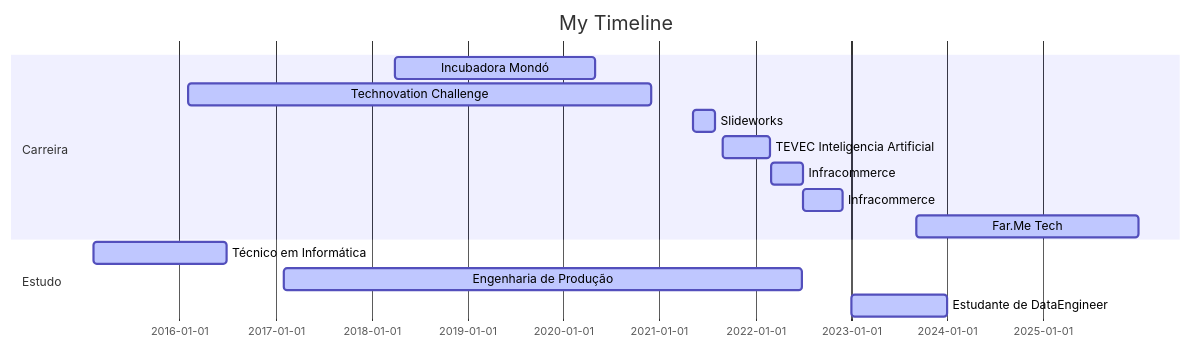
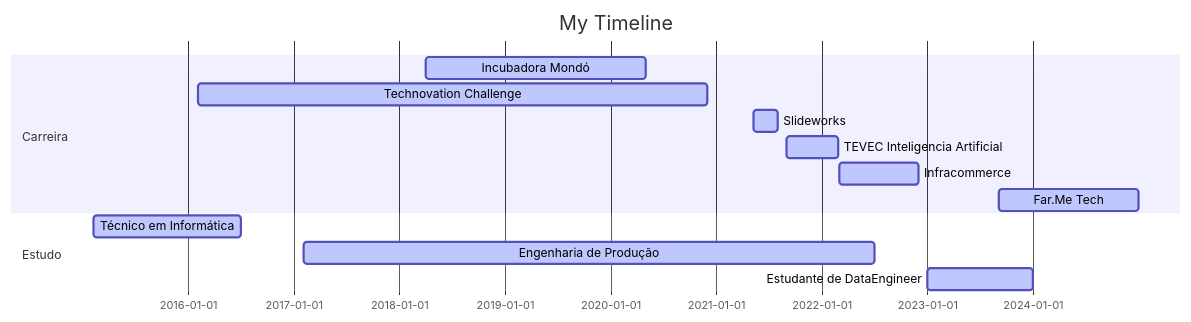
The diagram in README.md (MariiMartins/mariimartins), drawn with Mermaid before and after one commit. The commit also changed other lines of this file, not shown here.

Commit message:
Atualização do README

````diff
--- a/README.md
+++ b/README.md
@@ -63,21 +63,20 @@
 ``` mermaid
 
 gantt
 dateFormat  YYYY-MM-DD
 title My Timeline
 
 section Carreira
 Incubadora Mondó        :active,, 2018-04-02,2020-04-30
 Technovation Challenge        :active,, 2016-02-02,2020-11-30
 Slideworks        :active,, 2021-05-10,2021-07-31
 TEVEC Inteligencia Artificial       :active,, 2021-09-01,2022-02-28
-Infracommerce           :active,, 2022-03-01,2022-07-01
-Infracommerce          :active,, 2022-07-01,2022-12-01
-Far.Me Tech          : active,, 2023-09-05, 2025-12-31
+Infracommerce          :active,, 2022-03-01,2022-12-01
+Far.Me Tech          : active,, 2023-09-05, 2024-12-31
 
 
 section Estudo
 Técnico em Informática    :active,, 2015-02-07,2016-06-30
 Engenharia de Produção  :active,, 2017-02-01,2022-06-30
 Estudante de DataEngineer :active,, 2023-01-01,2024-01-01
 ```
````
